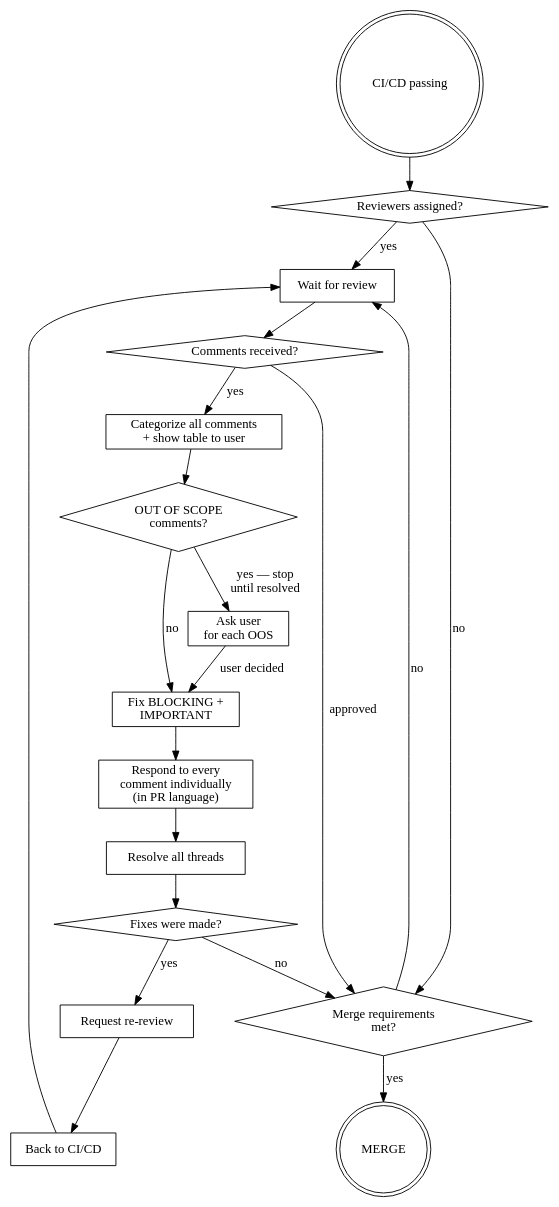
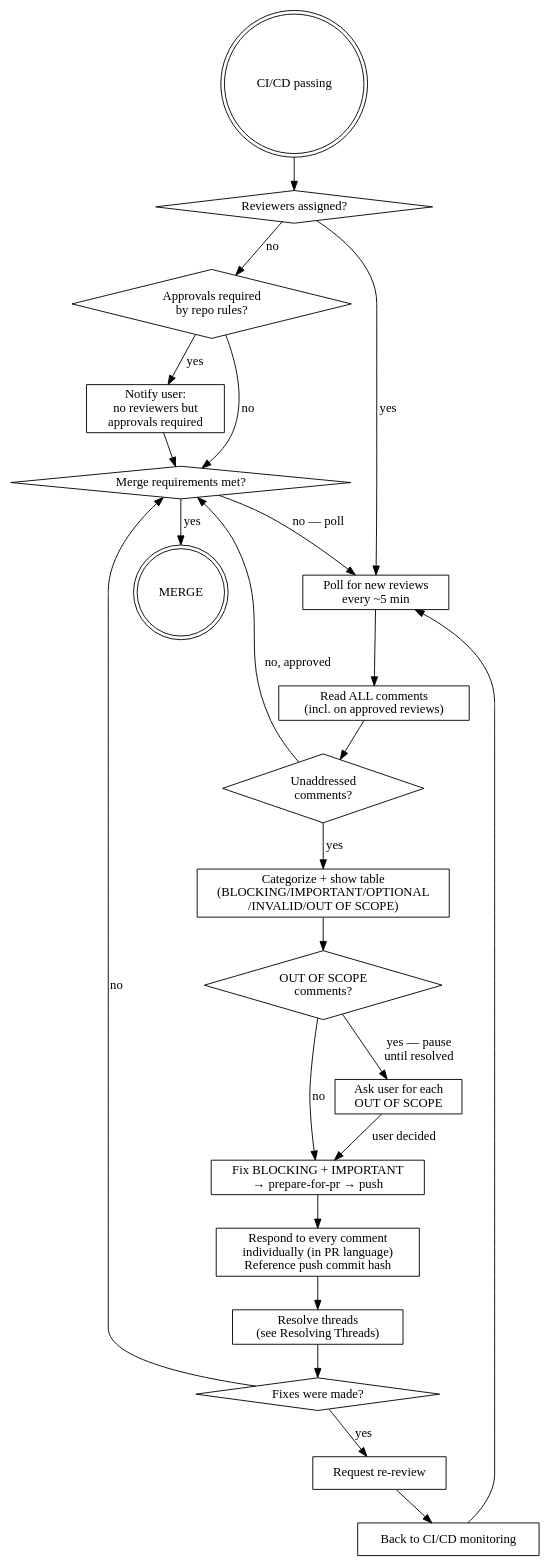
One commit to kirich1409/krozov-ai-tools changed the second of 2 diagrams in plugins/developer-workflow/skills/pr-lifecycle/SKILL.md. Above: the diagram before and after it, drawn with Graphviz. The commit also changed other lines of this file and 2 other files, not shown here.

````diff
--- a/plugins/developer-workflow/skills/pr-lifecycle/SKILL.md
+++ b/plugins/developer-workflow/skills/pr-lifecycle/SKILL.md
@@ -45,42 +73,47 @@
 ```dot
 digraph review {
     rankdir=TB;
 
     start [label="CI/CD passing", shape=doublecircle];
     reviewers [label="Reviewers assigned?", shape=diamond];
-    wait [label="Wait for review", shape=box];
-    comments [label="Comments received?", shape=diamond];
-    categorize [label="Categorize all comments\n+ show table to user", shape=box];
-    out_of_scope [label="OUT OF SCOPE\ncomments?", shape=diamond];
-    ask_user [label="Ask user\nfor each OOS", shape=box];
-    fix_blocking [label="Fix BLOCKING +\nIMPORTANT", shape=box];
-    respond_all [label="Respond to every\ncomment individually\n(in PR language)", shape=box];
-    resolve [label="Resolve all threads", shape=box];
+    approvals_required [label="Approvals required\nby repo rules?", shape=diamond];
+    notify_user [label="Notify user:\nno reviewers but\napprovals required", shape=box];
+    wait [label="Poll for new reviews\nevery ~5 min", shape=box];
+    read_all [label="Read ALL comments\n(incl. on approved reviews)", shape=box];
+    any_comments [label="Unaddressed\ncomments?", shape=diamond];
+    categorize [label="Categorize + show table\n(BLOCKING/IMPORTANT/OPTIONAL\n/INVALID/OUT OF SCOPE)", shape=box];
+    oos [label="OUT OF SCOPE\ncomments?", shape=diamond];
+    ask_oos [label="Ask user for each\nOUT OF SCOPE", shape=box];
+    fix [label="Fix BLOCKING + IMPORTANT\n→ prepare-for-pr → push", shape=box];
+    respond [label="Respond to every comment\nindividually (in PR language)\nReference push commit hash", shape=box];
+    resolve [label="Resolve threads\n(see Resolving Threads)", shape=box];
     fixes_made [label="Fixes were made?", shape=diamond];
     rereview [label="Request re-review", shape=box];
-    ci_again [label="Back to CI/CD", shape=box];
-    merge_ok [label="Merge requirements\nmet?", shape=diamond];
+    ci_loop [label="Back to CI/CD monitoring", shape=box];
+    merge_check [label="Merge requirements met?", shape=diamond];
     done [label="MERGE", shape=doublecircle];
 
     start -> reviewers;
+    reviewers -> approvals_required [label="no"];
+    approvals_required -> notify_user [label="yes"];
+    approvals_required -> merge_check [label="no"];
+    notify_user -> merge_check;
     reviewers -> wait [label="yes"];
-    reviewers -> merge_ok [label="no"];
-
-    wait -> comments;
-    comments -> categorize [label="yes"];
-    comments -> merge_ok [label="approved"];
-    categorize -> out_of_scope;
-    out_of_scope -> ask_user [label="yes — stop\nuntil resolved"];
-    out_of_scope -> fix_blocking [label="no"];
-    ask_user -> fix_blocking [label="user decided"];
-    fix_blocking -> respond_all;
-    respond_all -> resolve;
+    wait -> read_all;
+    read_all -> any_comments;
+    any_comments -> categorize [label="yes"];
+    any_comments -> merge_check [label="no, approved"];
+    categorize -> oos;
+    oos -> ask_oos [label="yes — pause\nuntil resolved"];
+    oos -> fix [label="no"];
+    ask_oos -> fix [label="user decided"];
+    fix -> respond;
+    respond -> resolve;
     resolve -> fixes_made;
     fixes_made -> rereview [label="yes"];
-    fixes_made -> merge_ok [label="no"];
-    rereview -> ci_again;
-    ci_again -> wait;
-    merge_ok -> done [label="yes"];
-    merge_ok -> wait [label="no"];
+    fixes_made -> merge_check [label="no"];
+    rereview -> ci_loop -> wait;
+    merge_check -> done [label="yes"];
+    merge_check -> wait [label="no — poll"];
 }
 ```
````
